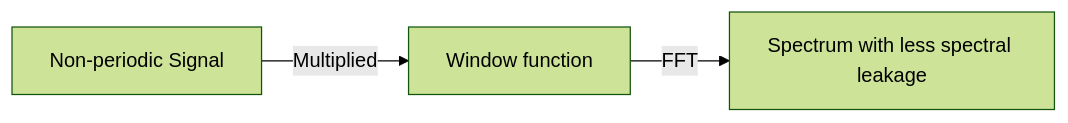
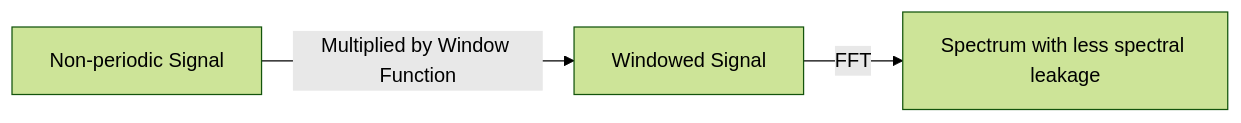
Before and after one commit to neetjack/neetjack.github.io: the second of 2 diagrams in src/content/posts/Windowing/windowing-EN.md, drawn with Mermaid (forest theme). The commit also changed 1 other file, not shown here.

Commit message:
minor update
correct post

````diff
--- a/src/content/posts/Windowing/windowing-EN.md
+++ b/src/content/posts/Windowing/windowing-EN.md
@@ -67,4 +67,4 @@
 ```mermaid
 graph LR;
-    A[Non-periodic Signal] --> |Multiplied| B[Window function] --> |FFT| C[Spectrum with less spectral leakage];
+    A[Non-periodic Signal] --> |Multiplied by Window Function| B[Windowed Signal] --> |FFT| C[Spectrum with less spectral leakage];
 ```
````
